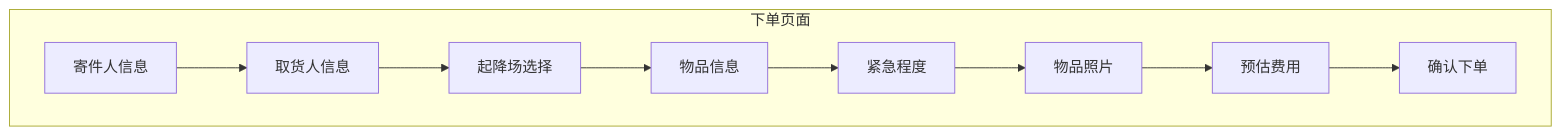
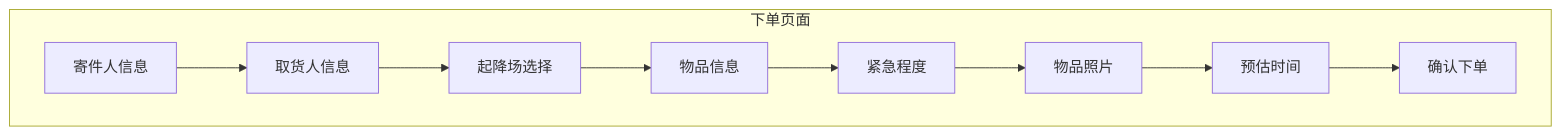
One commit to Giraffe-Han/microAPP changed the fourth of 18 diagrams in .qoder/repowiki/zh/content/业务功能模块/医疗配送模块功能设计.md. Above: the diagram before and after it, drawn with Mermaid. The commit also changed other lines of this file and 143 other files, not shown here.

````diff
--- a/.qoder/repowiki/zh/content/业务功能模块/医疗配送模块功能设计.md
+++ b/.qoder/repowiki/zh/content/业务功能模块/医疗配送模块功能设计.md
@@ -204,20 +200,20 @@
 ```mermaid
 graph TB
 subgraph "下单页面"
 Sender[寄件人信息]
 Receiver[取货人信息]
 Pad[起降场选择]
 Item[物品信息]
 Urgency[紧急程度]
 Photos[物品照片]
-Estimate[预估费用]
+Estimate[预估时间]
 Submit[确认下单]
 end
 Sender --> Receiver
 Receiver --> Pad
 Pad --> Item
 Item --> Urgency
 Urgency --> Photos
 Photos --> Estimate
 Estimate --> Submit
 ```
````
